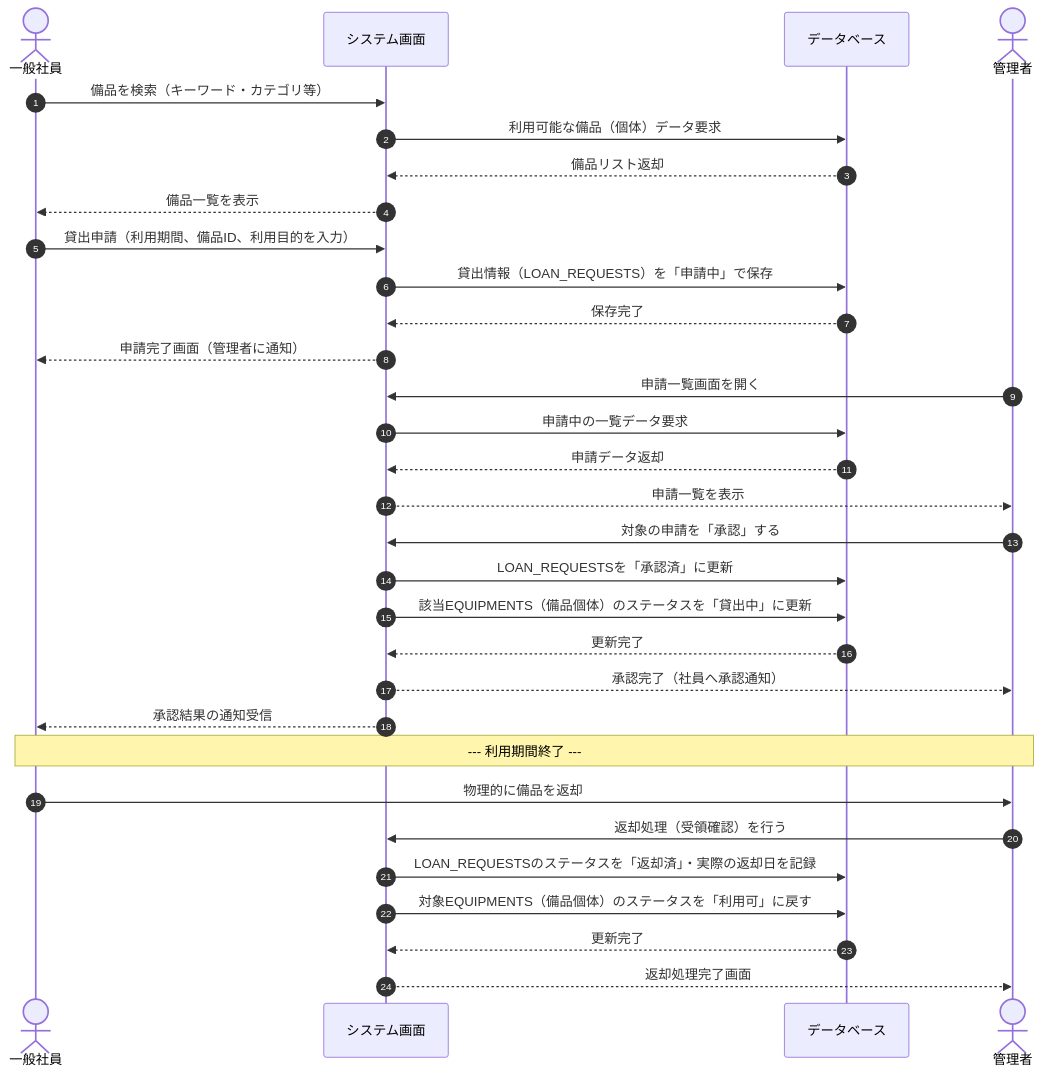
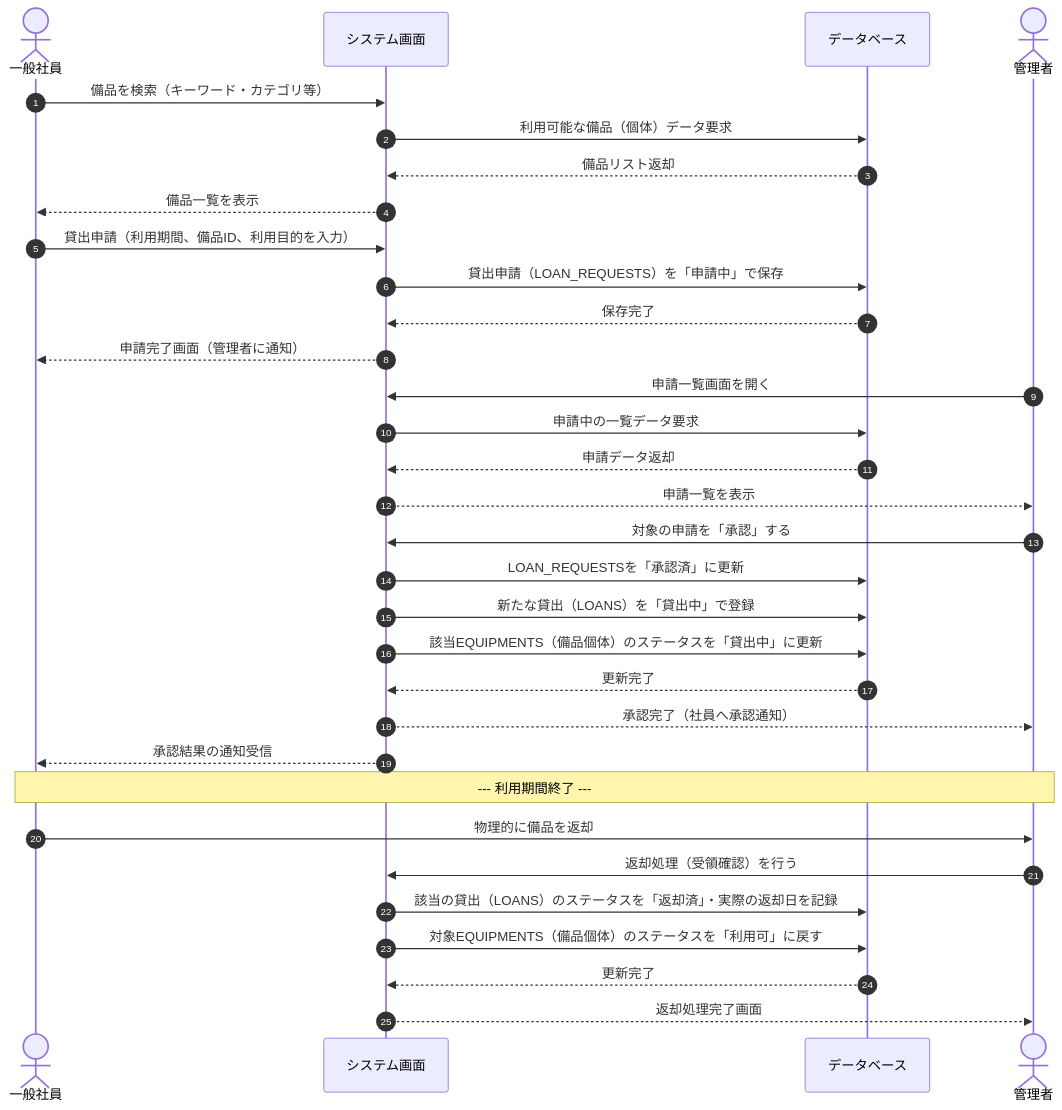
The diagram in doc/基本設計/04_シーケンス図（正常系）.md (akira0716/salto-12d), drawn with Mermaid before and after one commit. The commit also changed 6 other files, not shown here.

````diff
--- a/doc/基本設計/04_シーケンス図（正常系）.md
+++ b/doc/基本設計/04_シーケンス図（正常系）.md
@@ -5,42 +5,43 @@
 ```mermaid
 sequenceDiagram
     autonumber
     actor User as 一般社員
     participant Web as システム画面
     participant DB as データベース
     actor Admin as 管理者
 
     %% 検索と申請
     User->>Web: 備品を検索（キーワード・カテゴリ等）
     Web->>DB: 利用可能な備品（個体）データ要求
     DB-->>Web: 備品リスト返却
     Web-->>User: 備品一覧を表示
 
     User->>Web: 貸出申請（利用期間、備品ID、利用目的を入力）
-    Web->>DB: 貸出情報（LOAN_REQUESTS）を「申請中」で保存
+    Web->>DB: 貸出申請（LOAN_REQUESTS）を「申請中」で保存
     DB-->>Web: 保存完了
     Web-->>User: 申請完了画面（管理者に通知）
 
     %% 承認フロー
     Admin->>Web: 申請一覧画面を開く
     Web->>DB: 申請中の一覧データ要求
     DB-->>Web: 申請データ返却
     Web-->>Admin: 申請一覧を表示
 
     Admin->>Web: 対象の申請を「承認」する
     Web->>DB: LOAN_REQUESTSを「承認済」に更新
+    Web->>DB: 新たな貸出（LOANS）を「貸出中」で登録
     Web->>DB: 該当EQUIPMENTS（備品個体）のステータスを「貸出中」に更新
     DB-->>Web: 更新完了
     Web-->>Admin: 承認完了（社員へ承認通知）
     Web-->>User: 承認結果の通知受信
 
     %% 返却フロー
     Note over User,Admin: --- 利用期間終了 ---
     User->>Admin: 物理的に備品を返却
 
     Admin->>Web: 返却処理（受領確認）を行う
-    Web->>DB: LOAN_REQUESTSのステータスを「返却済」・実際の返却日を記録
+    Web->>DB: 該当の貸出（LOANS）のステータスを「返却済」・実際の返却日を記録
     Web->>DB: 対象EQUIPMENTS（備品個体）のステータスを「利用可」に戻す
     DB-->>Web: 更新完了
     Web-->>Admin: 返却処理完了画面
 ```
````
